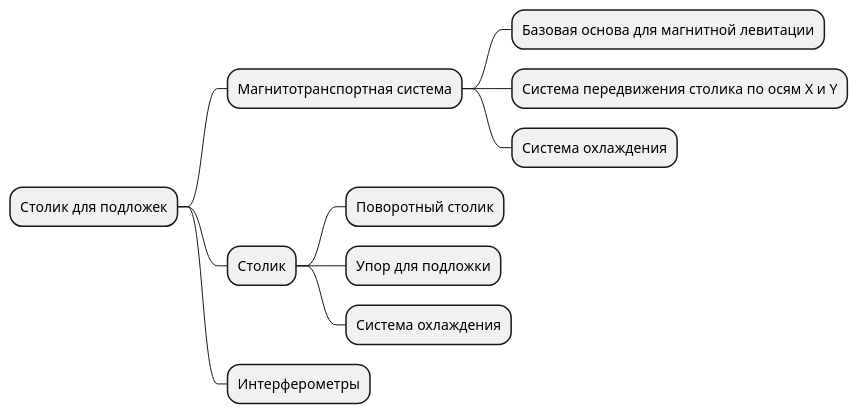
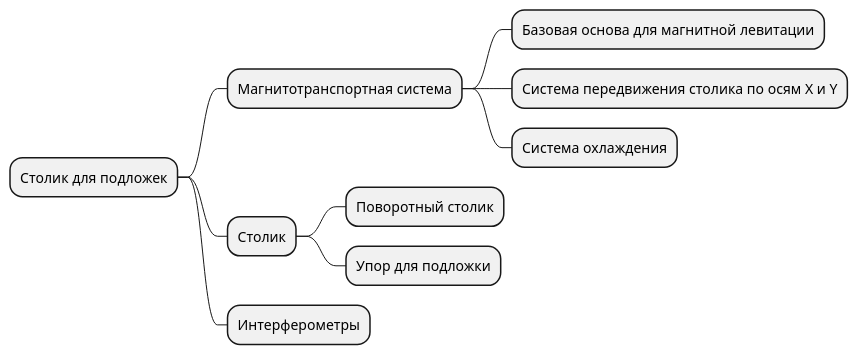
The diagram in assets/wafer_table.pu (TsarS/lithograph), drawn with PlantUML before and after one commit.

```diff
--- a/assets/wafer_table.pu
+++ b/assets/wafer_table.pu
@@ -1,12 +1,11 @@
 @startmindmap
 * Столик для подложек
 ** Магнитотранспортная система
 *** Базовая основа для магнитной левитации
 *** Система передвижения столика по осям X и Y
 *** Система охлаждения
 ** Столик
 *** Поворотный столик
 *** Упор для подложки
-*** Система охлаждения
 ** Интерферометры
 @endmindmap
```
